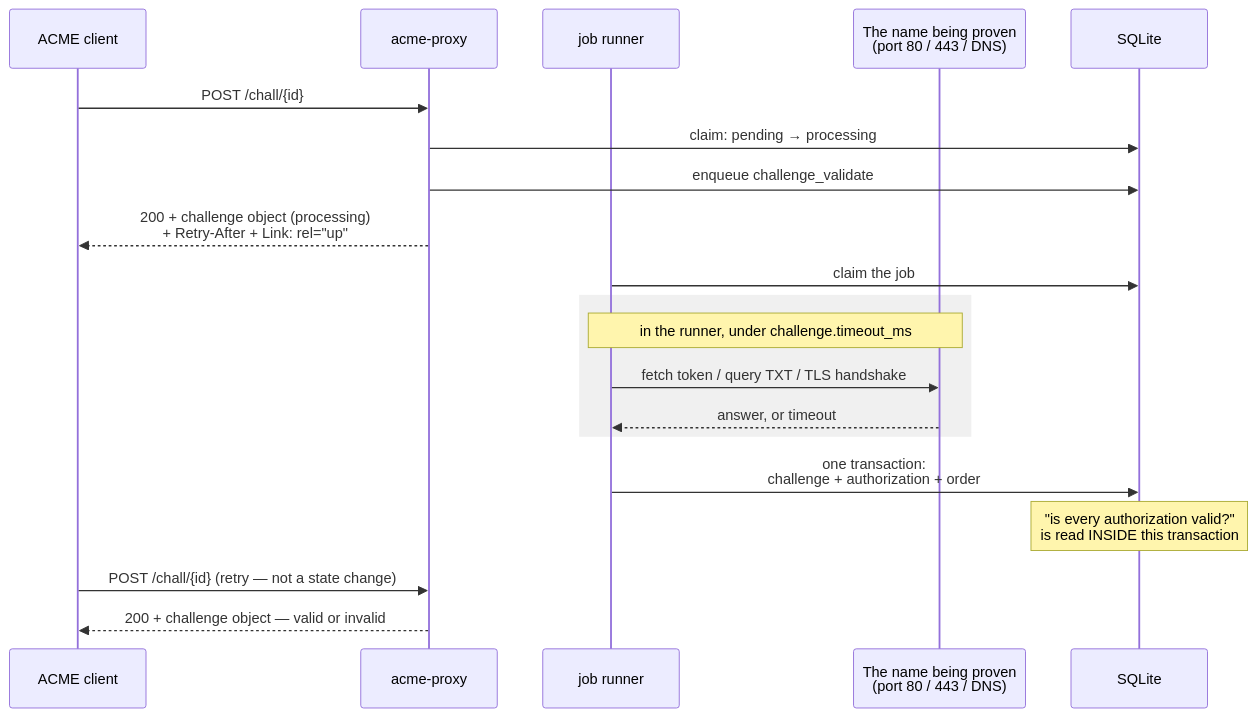
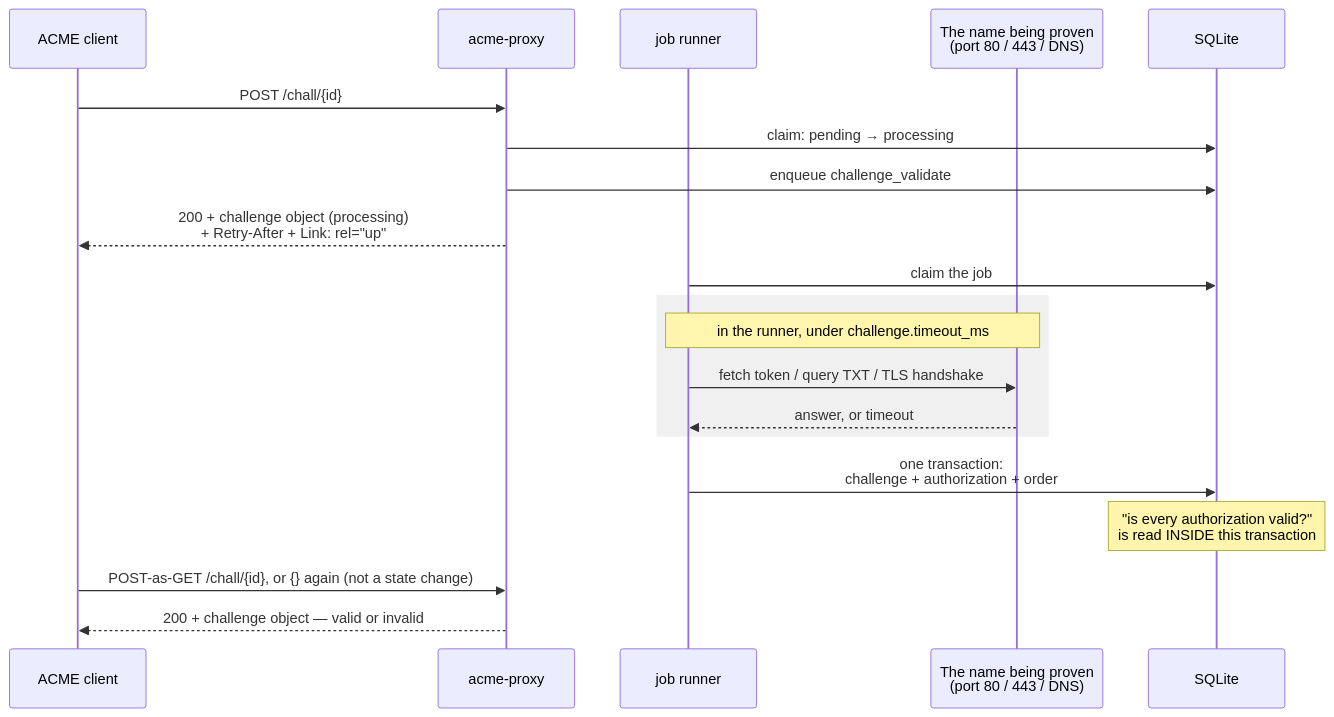
One commit to acme-proxy/acme-proxy changed the second of 2 diagrams in doc/src/challenges/index.md. Above: the diagram before and after it, drawn with Mermaid. The commit also changed other lines of this file and 8 other files, not shown here.

First line of the commit message:
Challenge URL answers POST-as-GET (#15)

````diff
--- a/doc/src/challenges/index.md
+++ b/doc/src/challenges/index.md
@@ -140,23 +149,23 @@
 ```mermaid
 sequenceDiagram
     participant C as ACME client
     participant P as acme-proxy
     participant W as job runner
     participant T as The name being proven<br/>(port 80 / 443 / DNS)
     participant D as SQLite
 
     C->>P: POST /chall/{id}
     P->>D: claim: pending → processing
     P->>D: enqueue challenge_validate
     P-->>C: 200 + challenge object (processing)<br/>+ Retry-After + Link: rel="up"
     W->>D: claim the job
     rect rgb(240, 240, 240)
         Note over W,T: in the runner, under challenge.timeout_ms
         W->>T: fetch token / query TXT / TLS handshake
         T-->>W: answer, or timeout
     end
     W->>D: one transaction:<br/>challenge + authorization + order
     Note over D: "is every authorization valid?"<br/>is read INSIDE this transaction
-    C->>P: POST /chall/{id} (retry — not a state change)
+    C->>P: POST-as-GET /chall/{id}, or {} again (not a state change)
     P-->>C: 200 + challenge object — valid or invalid
 ```
````
